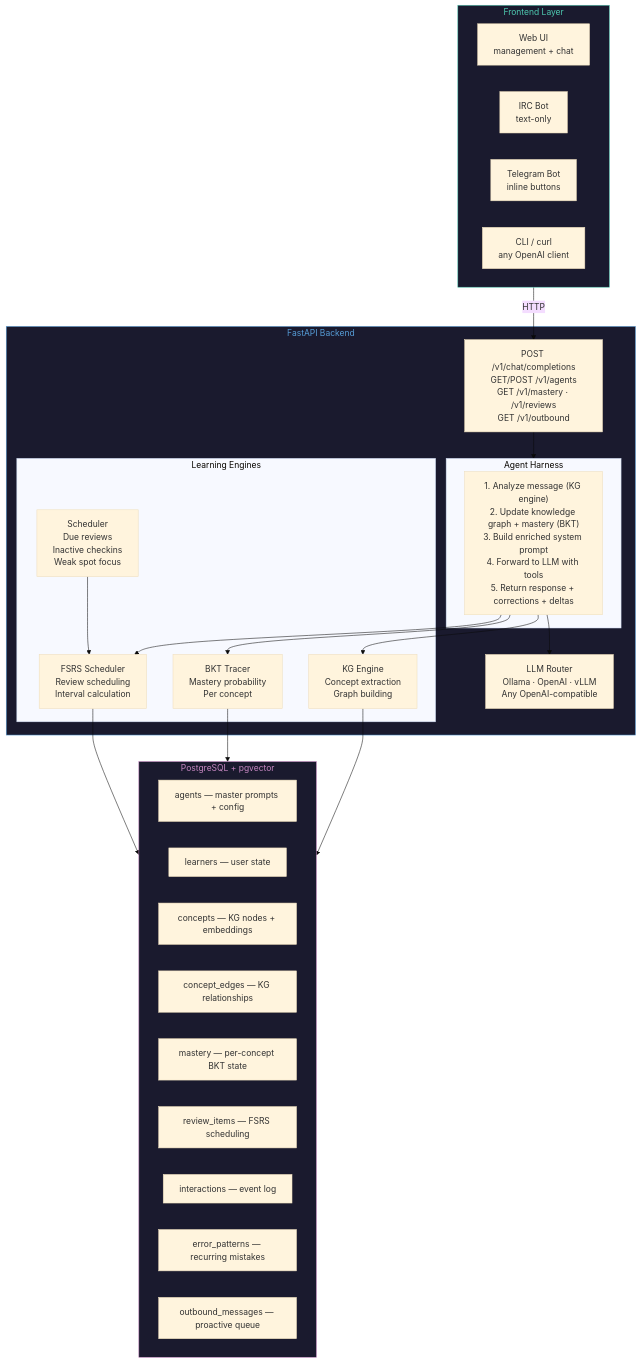
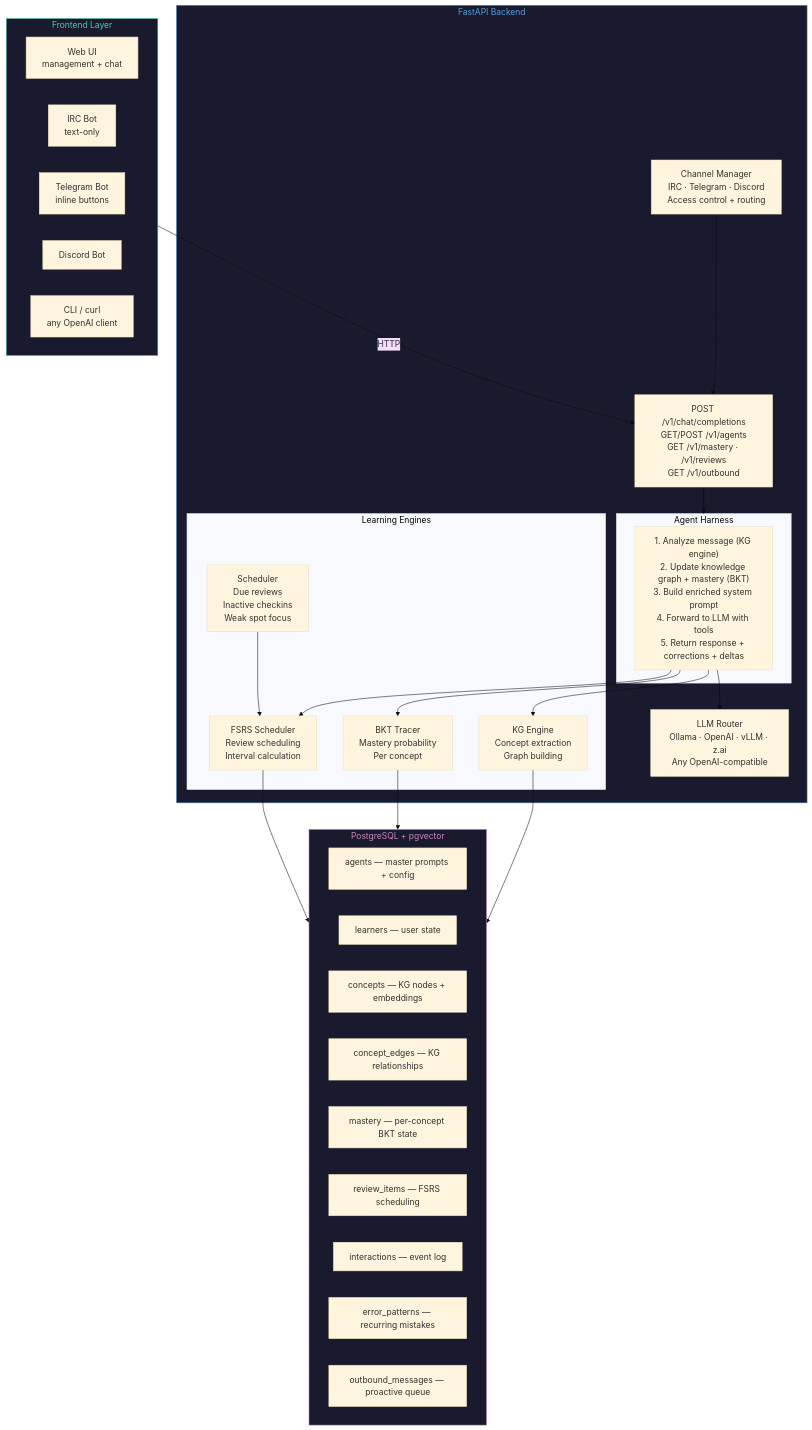
The first of 5 diagrams in docs/ARCHITECTURE.md (h4ksclaw/learnharness), drawn with Mermaid (base theme) before and after one commit. The commit also changed other lines of this file and 4 other files, not shown here.

First line of the commit message:
Clean up repo: user-focused README, extract architecture/contributing docs

````diff
--- a/docs/ARCHITECTURE.md
+++ b/docs/ARCHITECTURE.md
@@ -5,54 +5,57 @@
 ```mermaid
 graph TB
     subgraph Frontend["Frontend Layer"]
         Web["Web UI<br/>management + chat"]
         IRC["IRC Bot<br/>text-only"]
         TG["Telegram Bot<br/>inline buttons"]
+        DC["Discord Bot"]
         CLI["CLI / curl<br/>any OpenAI client"]
     end
 
     Frontend -- "HTTP" --> API
 
     subgraph Backend["FastAPI Backend"]
         API["POST /v1/chat/completions<br/>GET/POST /v1/agents<br/>GET /v1/mastery · /v1/reviews<br/>GET /v1/outbound"]
 
         subgraph Harness["Agent Harness"]
             H["1. Analyze message (KG engine)<br/>2. Update knowledge graph + mastery (BKT)<br/>3. Build enriched system prompt<br/>4. Forward to LLM with tools<br/>5. Return response + corrections + deltas"]
         end
 
         subgraph Engines["Learning Engines"]
             KG["KG Engine<br/>Concept extraction<br/>Graph building"]
             BKT["BKT Tracer<br/>Mastery probability<br/>Per concept"]
             FSRS["FSRS Scheduler<br/>Review scheduling<br/>Interval calculation"]
             SCHED["Scheduler<br/>Due reviews<br/>Inactive checkins<br/>Weak spot focus"]
         end
 
-        LLM["LLM Router<br/>Ollama · OpenAI · vLLM<br/>Any OpenAI-compatible"]
+        CHAN["Channel Manager<br/>IRC · Telegram · Discord<br/>Access control + routing"]
+        LLM["LLM Router<br/>Ollama · OpenAI · vLLM · z.ai<br/>Any OpenAI-compatible"]
     end
 
     subgraph Data["PostgreSQL + pgvector"]
         T1["agents — master prompts + config"]
         T2["learners — user state"]
         T3["concepts — KG nodes + embeddings"]
         T4["concept_edges — KG relationships"]
         T5["mastery — per-concept BKT state"]
         T6["review_items — FSRS scheduling"]
         T7["interactions — event log"]
         T8["error_patterns — recurring mistakes"]
         T9["outbound_messages — proactive queue"]
     end
 
     API --> Harness
     H --> KG
     H --> BKT
     H --> FSRS
     H --> LLM
     SCHED --> FSRS
+    CHAN --> API
     KG --> Data
     BKT --> Data
     FSRS --> Data
 
     style Frontend fill:#1a1a2e,stroke:#4EC9B0,color:#4EC9B0
     style Backend fill:#1a1a2e,stroke:#569CD6,color:#569CD6
     style Data fill:#1a1a2e,stroke:#C586C0,color:#C586C0
 ```
````
